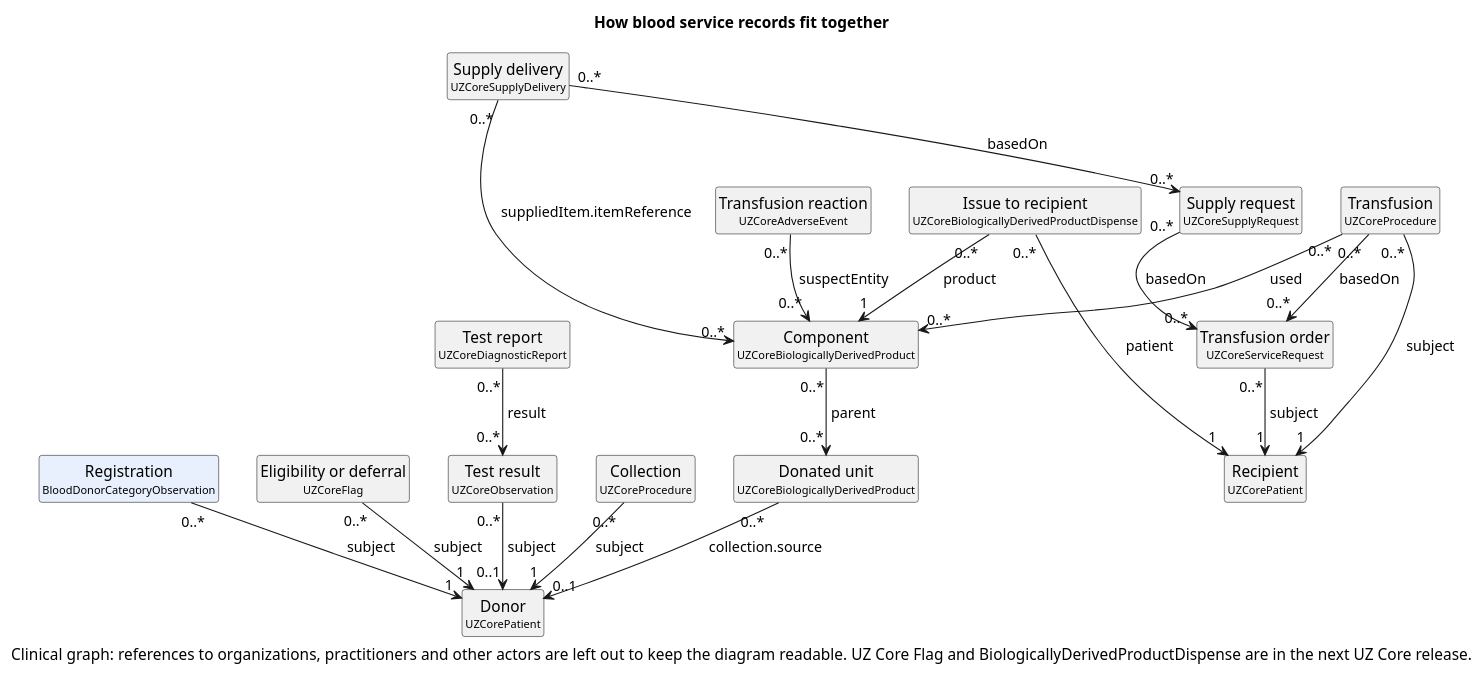
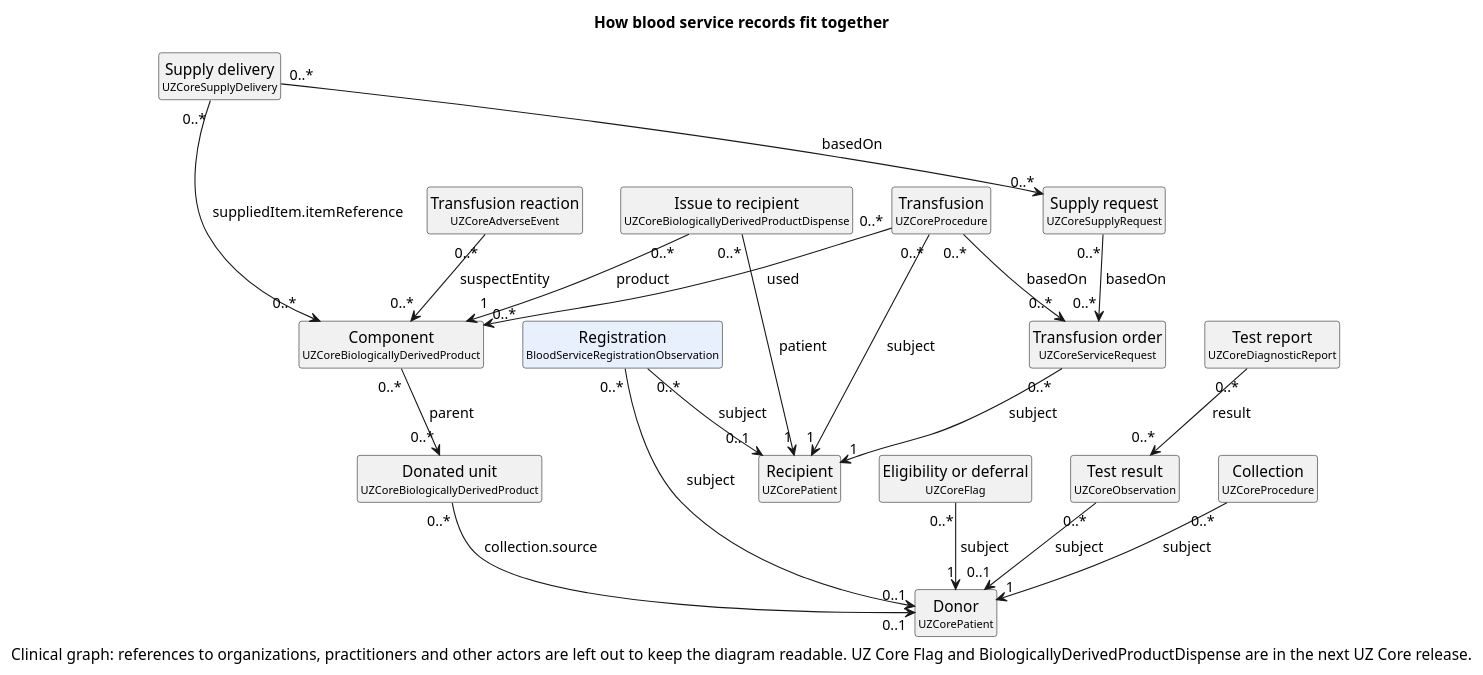
Before and after one commit to uzinfocom-org/digital-health-integration: the diagram in input/images-source/blood-management-model-en.plantuml, drawn with PlantUML. The commit also changed 5 other files, not shown here.

Commit message:
blood management: Blood Service Registration Observation

```diff
--- a/input/images-source/blood-management-model-en.plantuml
+++ b/input/images-source/blood-management-model-en.plantuml
@@ -1,42 +1,43 @@
 @startuml blood-management-model-en
 hide circle
 hide empty members
 title How blood service records fit together
 
 class "Donor\n<size:10>UZCorePatient</size>" as Donor [[https://dhp.uz/fhir/core/en/StructureDefinition-uz-core-patient.html{Open UZCorePatient}]]
 class "Recipient\n<size:10>UZCorePatient</size>" as Recipient [[https://dhp.uz/fhir/core/en/StructureDefinition-uz-core-patient.html{Open UZCorePatient}]]
-class "Registration\n<size:10>BloodDonorCategoryObservation</size>" as Reg [[StructureDefinition-blood-donor-category-observation.html{Open BloodDonorCategoryObservation}]] #E8F0FE
+class "Registration\n<size:10>BloodServiceRegistrationObservation</size>" as Reg [[StructureDefinition-blood-service-registration-observation.html{Open BloodServiceRegistrationObservation}]] #E8F0FE
 class "Eligibility or deferral\n<size:10>UZCoreFlag</size>" as Flag
 class "Test result\n<size:10>UZCoreObservation</size>" as Test [[https://dhp.uz/fhir/core/en/StructureDefinition-uz-core-observation.html{Open UZCoreObservation}]]
 class "Test report\n<size:10>UZCoreDiagnosticReport</size>" as Report [[https://dhp.uz/fhir/core/en/StructureDefinition-uz-core-diagnostic-report.html{Open UZCoreDiagnosticReport}]]
 class "Collection\n<size:10>UZCoreProcedure</size>" as Coll [[https://dhp.uz/fhir/core/en/StructureDefinition-uz-core-procedure.html{Open UZCoreProcedure}]]
 class "Donated unit\n<size:10>UZCoreBiologicallyDerivedProduct</size>" as Unit [[https://dhp.uz/fhir/core/en/StructureDefinition-uz-core-biologically-derived-product.html{Open UZCoreBiologicallyDerivedProduct}]]
 class "Component\n<size:10>UZCoreBiologicallyDerivedProduct</size>" as Comp [[https://dhp.uz/fhir/core/en/StructureDefinition-uz-core-biologically-derived-product.html{Open UZCoreBiologicallyDerivedProduct}]]
 class "Transfusion order\n<size:10>UZCoreServiceRequest</size>" as Order [[https://dhp.uz/fhir/core/en/StructureDefinition-uz-core-servicerequest.html{Open UZCoreServiceRequest}]]
 class "Supply request\n<size:10>UZCoreSupplyRequest</size>" as SReq [[https://dhp.uz/fhir/core/en/StructureDefinition-uz-core-supply-request.html{Open UZCoreSupplyRequest}]]
 class "Supply delivery\n<size:10>UZCoreSupplyDelivery</size>" as SDel [[https://dhp.uz/fhir/core/en/StructureDefinition-uz-core-supply-delivery.html{Open UZCoreSupplyDelivery}]]
 class "Issue to recipient\n<size:10>UZCoreBiologicallyDerivedProductDispense</size>" as Disp
 class "Transfusion\n<size:10>UZCoreProcedure</size>" as Tx [[https://dhp.uz/fhir/core/en/StructureDefinition-uz-core-procedure.html{Open UZCoreProcedure}]]
 class "Transfusion reaction\n<size:10>UZCoreAdverseEvent</size>" as AE [[https://dhp.uz/fhir/core/en/StructureDefinition-uz-core-adverse-event.html{Open UZCoreAdverseEvent}]]
 
-Reg "0..*" --> "1" Donor : « subject »
+Reg "0..*" --> "0..1" Donor : « subject »
+Reg "0..*" --> "0..1" Recipient : « subject »
 Flag "0..*" --> "1" Donor : « subject »
 Test "0..*" --> "0..1" Donor : « subject »
 Report "0..*" --> "0..*" Test : « result »
 Coll "0..*" --> "1" Donor : « subject »
 Unit "0..*" --> "0..1" Donor : « collection.source »
 Comp "0..*" --> "0..*" Unit : « parent »
 Order "0..*" --> "1" Recipient : « subject »
 SReq "0..*" --> "0..*" Order : « basedOn »
 SDel "0..*" --> "0..*" SReq : « basedOn »
 SDel "0..*" --> "0..*" Comp : « suppliedItem.itemReference »
 Disp "0..*" --> "1" Comp : « product »
 Disp "0..*" --> "1" Recipient : « patient »
 Tx "0..*" --> "0..*" Order : « basedOn »
 Tx "0..*" --> "0..*" Comp : « used »
 Tx "0..*" --> "1" Recipient : « subject »
 AE "0..*" --> "0..*" Comp : « suspectEntity »
 
 caption Clinical graph: references to organizations, practitioners and other actors are left out to keep the diagram readable. UZ Core Flag and BiologicallyDerivedProductDispense are in the next UZ Core release.
 
 @enduml
```
